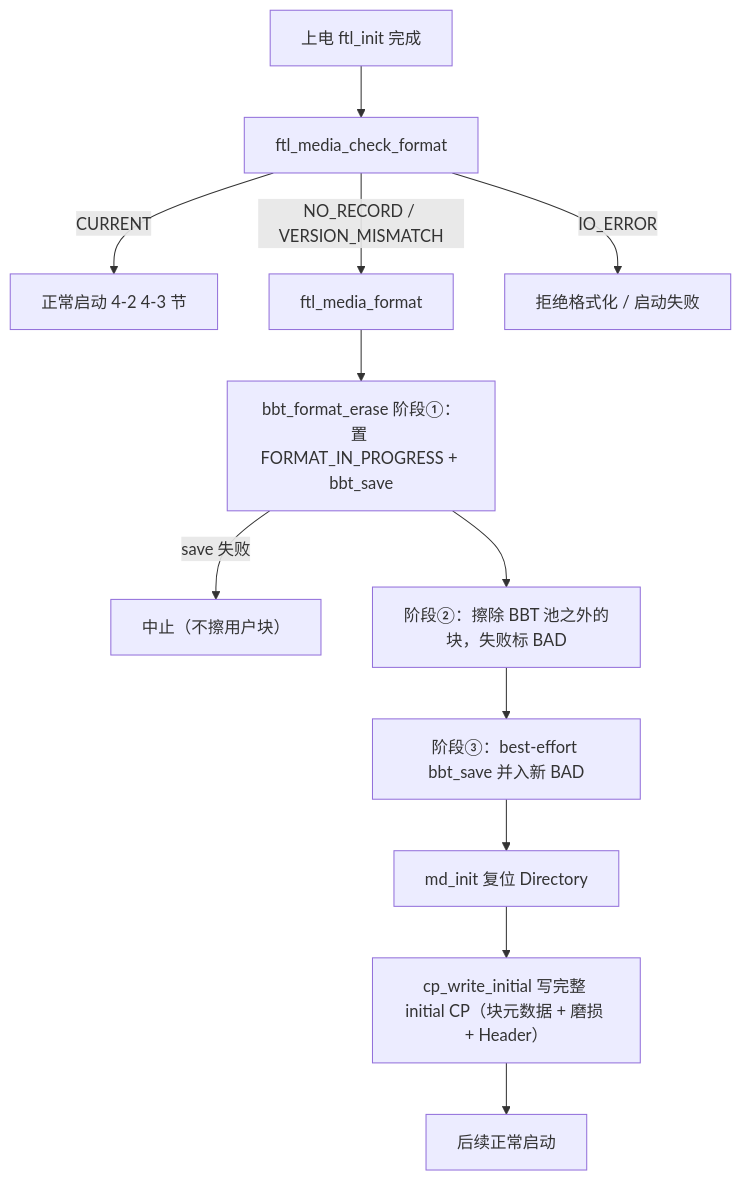
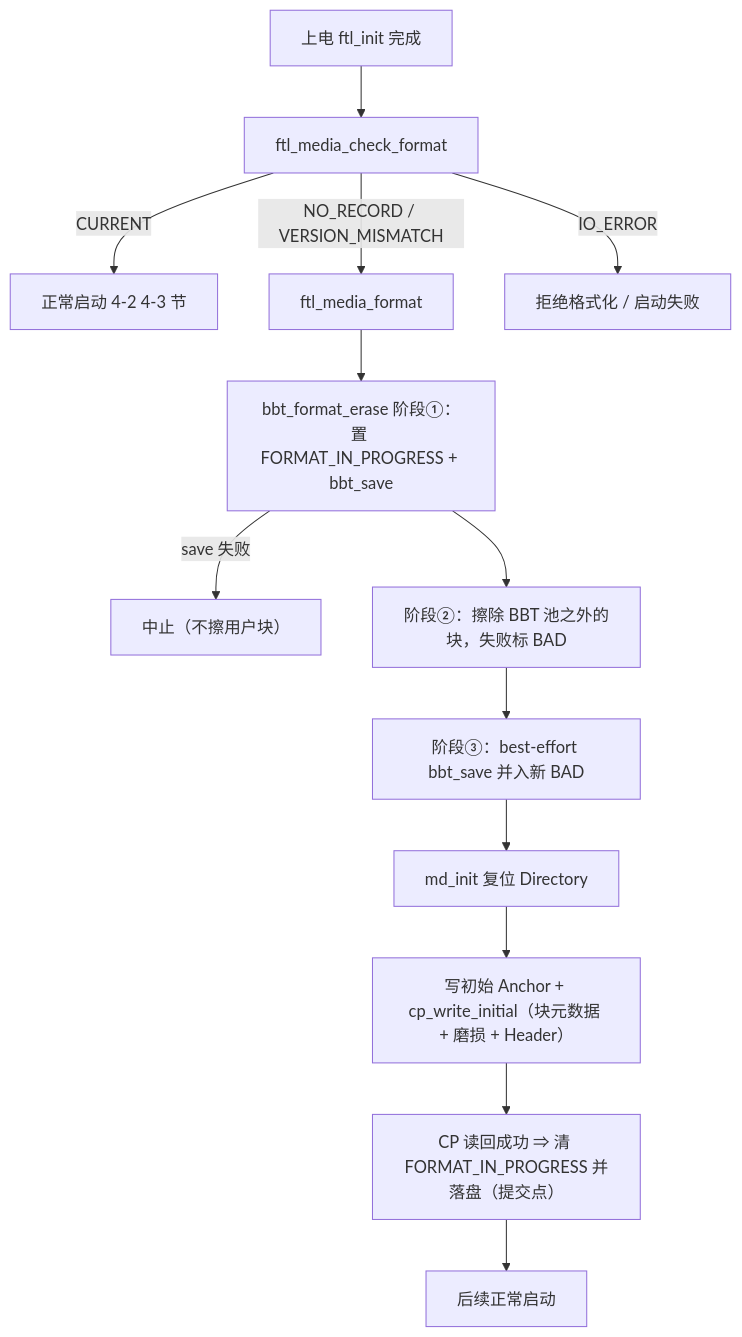
One commit to YzYMIAO/BASESSD changed diagram 23 of 32 in docs/design/ftl_design.md. Above: the diagram before and after it, drawn with Mermaid. The commit also changed other lines of this file and 136 other files, not shown here.

````diff
--- a/docs/design/ftl_design.md
+++ b/docs/design/ftl_design.md
@@ -3574,14 +3701,15 @@
 ```mermaid
 flowchart TD
     A["上电 ftl_init 完成"] --> B["ftl_media_check_format"]
     B -- "CURRENT" --> C["正常启动 4-2 4-3 节"]
     B -- "NO_RECORD / VERSION_MISMATCH" --> D["ftl_media_format"]
     B -- "IO_ERROR" --> H["拒绝格式化 / 启动失败"]
     D --> D1["bbt_format_erase 阶段①：置 FORMAT_IN_PROGRESS + bbt_save"]
     D1 -- "save 失败" --> H2["中止（不擦用户块）"]
     D1 --> D2["阶段②：擦除 BBT 池之外的块，失败标 BAD"]
     D2 --> D3["阶段③：best-effort bbt_save 并入新 BAD"]
     D3 --> D4["md_init 复位 Directory"]
-    D4 --> D5["cp_write_initial 写完整 initial CP（块元数据 + 磨损 + Header）"]
-    D5 --> E["后续正常启动"]
+    D4 --> D5["写初始 Anchor + cp_write_initial（块元数据 + 磨损 + Header）"]
+    D5 --> D6["CP 读回成功 ⇒ 清 FORMAT_IN_PROGRESS 并落盘（提交点）"]
+    D6 --> E["后续正常启动"]
 ```
````
